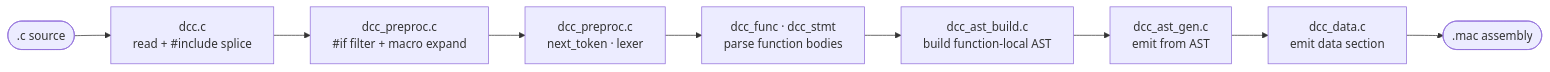
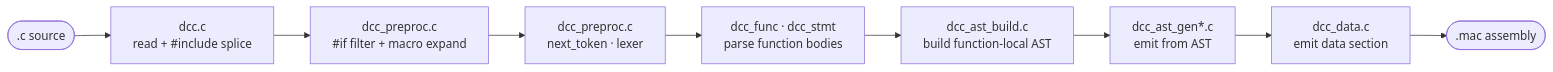
One commit to davidly/dcc changed the second of 2 diagrams in src/dcc/README.md. Above: the diagram before and after it, drawn with Mermaid. The commit also changed other lines of this file and 32 other files, not shown here.

````diff
--- a/src/dcc/README.md
+++ b/src/dcc/README.md
@@ -147,11 +149,11 @@
 ```mermaid
 flowchart LR
     SRC([".c source"]) --> DRV["dcc.c<br/>read + #include splice"]
     DRV --> PPF["dcc_preproc.c<br/>#if filter + macro expand"]
     PPF --> LEX["dcc_preproc.c<br/>next_token · lexer"]
     LEX --> PARSE["dcc_func · dcc_stmt<br/>parse function bodies"]
     PARSE --> AST["dcc_ast_build.c<br/>build function-local AST"]
-    AST --> EMIT["dcc_ast_gen.c<br/>emit from AST"]
+    AST --> EMIT["dcc_ast_gen*.c<br/>emit from AST"]
     EMIT --> DATA["dcc_data.c<br/>emit data section"]
     DATA --> OUT([".mac assembly"])
 ```
````
